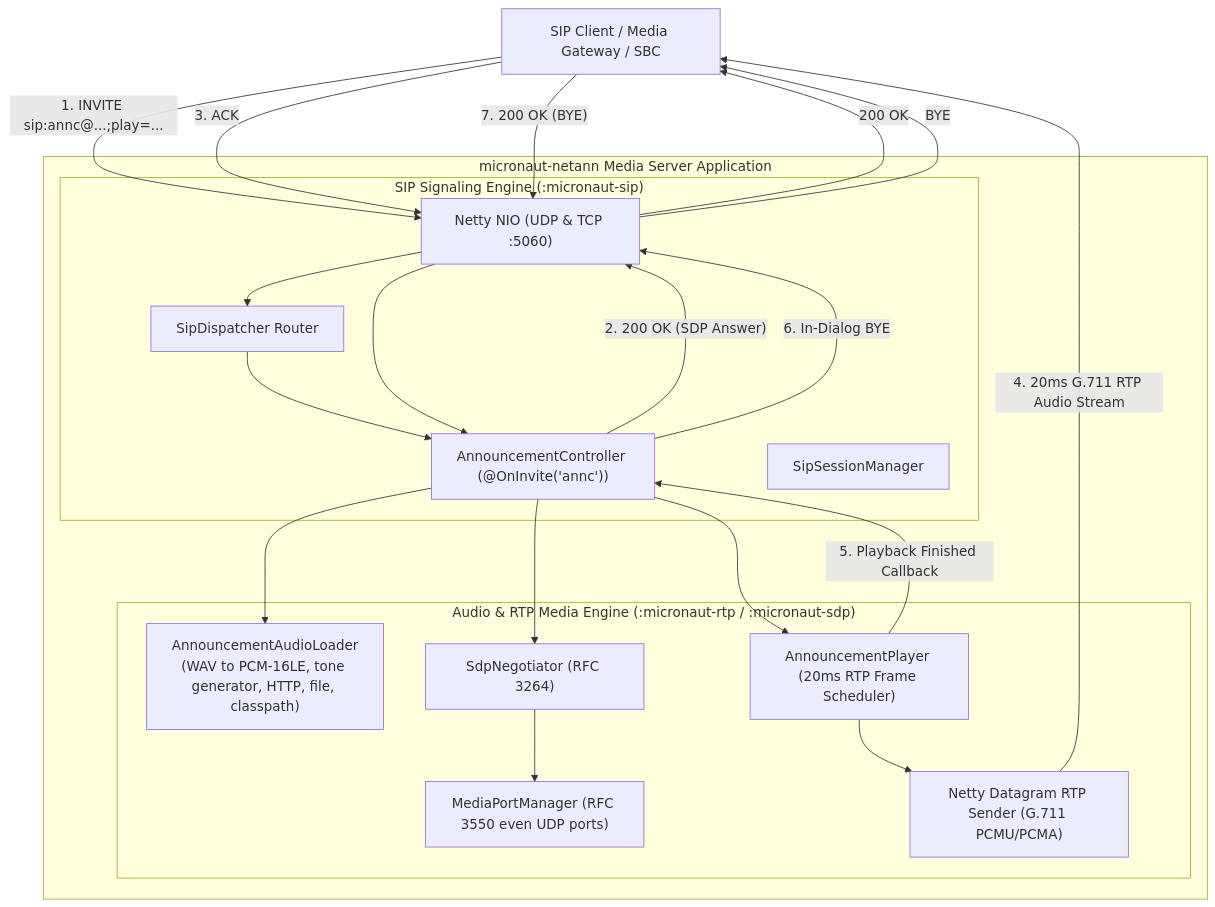
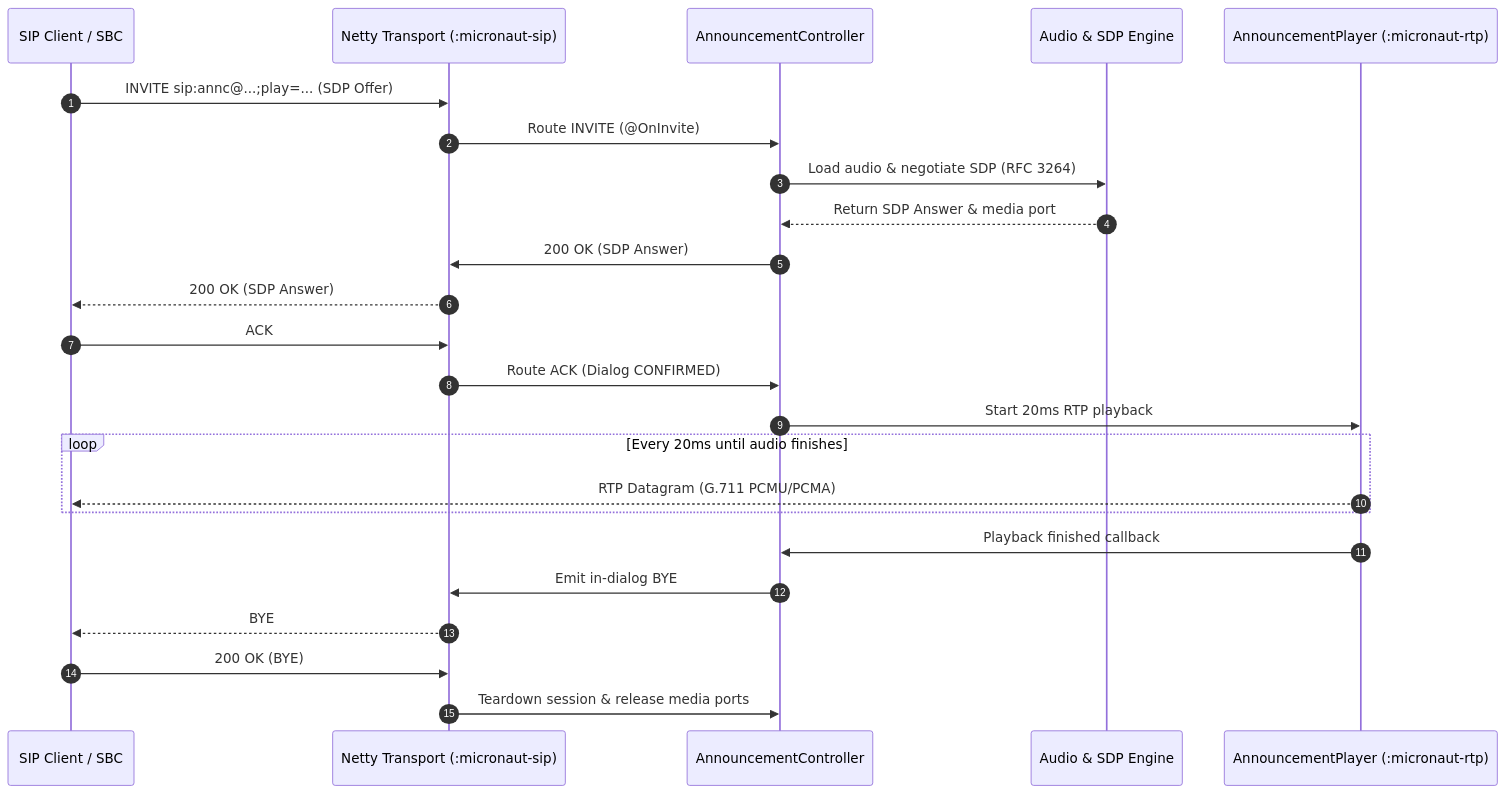
One commit to net-pilgrim/micronaut-sip changed the first of 10 diagrams in doc/MICRONAUT-NETANN.md. Above: the diagram before and after it, drawn with Mermaid. The commit also changed other lines of this file and 1 other file, not shown here.

Commit message:
docs: use mermaid sequence and architecture diagrams in bdd and netann docs

````diff
--- a/doc/MICRONAUT-NETANN.md
+++ b/doc/MICRONAUT-NETANN.md
@@ -32,39 +32,29 @@
 ```mermaid
-flowchart TD
-    SIPClient["SIP Client / Media Gateway / SBC"]
+sequenceDiagram
+    autonumber
+    participant Client as SIP Client / SBC
+    participant Netty as Netty Transport (:micronaut-sip)
+    participant Controller as AnnouncementController
+    participant Media as Audio & SDP Engine
+    participant Player as AnnouncementPlayer (:micronaut-rtp)
+
+    Client->>Netty: INVITE sip:annc@...#59;play=... (SDP Offer)
+    Netty->>Controller: Route INVITE (@OnInvite)
+    Controller->>Media: Load audio & negotiate SDP (RFC 3264)
+    Media-->>Controller: Return SDP Answer & media port
+    Controller->>Netty: 200 OK (SDP Answer)
+    Netty-->>Client: 200 OK (SDP Answer)
+    Client->>Netty: ACK
+    Netty->>Controller: Route ACK (Dialog CONFIRMED)
+    Controller->>Player: Start 20ms RTP playback
     
-    subgraph NetAnn["micronaut-netann Media Server Application"]
-        subgraph Signaling["SIP Signaling Engine (:micronaut-sip)"]
-            NettyTransport["Netty NIO (UDP & TCP :5060)"]
-            Dispatcher["SipDispatcher Router"]
-            Controller["AnnouncementController (@OnInvite('annc'))"]
-            SessionMgr["SipSessionManager"]
-        end
-        
-        subgraph MediaEngine["Audio & RTP Media Engine (:micronaut-rtp / :micronaut-sdp)"]
-            Loader["AnnouncementAudioLoader<br/>(WAV to PCM-16LE, tone generator, HTTP, file, classpath)"]
-            Negotiator["SdpNegotiator (RFC 3264)"]
-            Player["AnnouncementPlayer (20ms RTP Frame Scheduler)"]
-            PortMgr["MediaPortManager (RFC 3550 even UDP ports)"]
-            RtpNetty["Netty Datagram RTP Sender (G.711 PCMU/PCMA)"]
-        end
+    loop Every 20ms until audio finishes
+        Player-->>Client: RTP Datagram (G.711 PCMU/PCMA)
     end
     
-    SIPClient -->|"1. INVITE sip:annc@...;play=..."| NettyTransport
-    NettyTransport --> Dispatcher
-    Dispatcher --> Controller
-    Controller --> Loader
-    Controller --> Negotiator
-    Negotiator --> PortMgr
-    Controller -->|"2. 200 OK (SDP Answer)"| NettyTransport
-    NettyTransport -->|"200 OK"| SIPClient
-    SIPClient -->|"3. ACK"| NettyTransport
-    NettyTransport --> Controller
-    Controller --> Player
-    Player --> RtpNetty
-    RtpNetty -->|"4. 20ms G.711 RTP Audio Stream"| SIPClient
-    Player -->|"5. Playback Finished Callback"| Controller
-    Controller -->|"6. In-Dialog BYE"| NettyTransport
-    NettyTransport -->|"BYE"| SIPClient
-    SIPClient -->|"7. 200 OK (BYE)"| NettyTransport
+    Player->>Controller: Playback finished callback
+    Controller->>Netty: Emit in-dialog BYE
+    Netty-->>Client: BYE
+    Client->>Netty: 200 OK (BYE)
+    Netty->>Controller: Teardown session & release media ports
 ```
````
